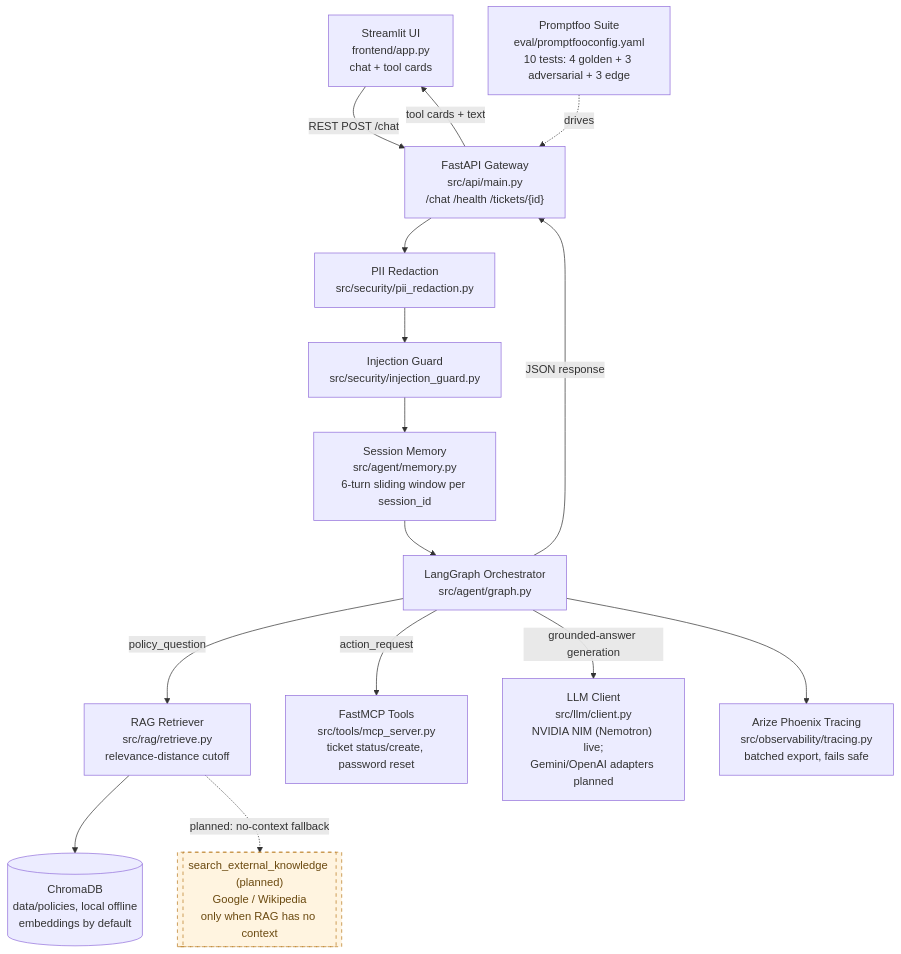
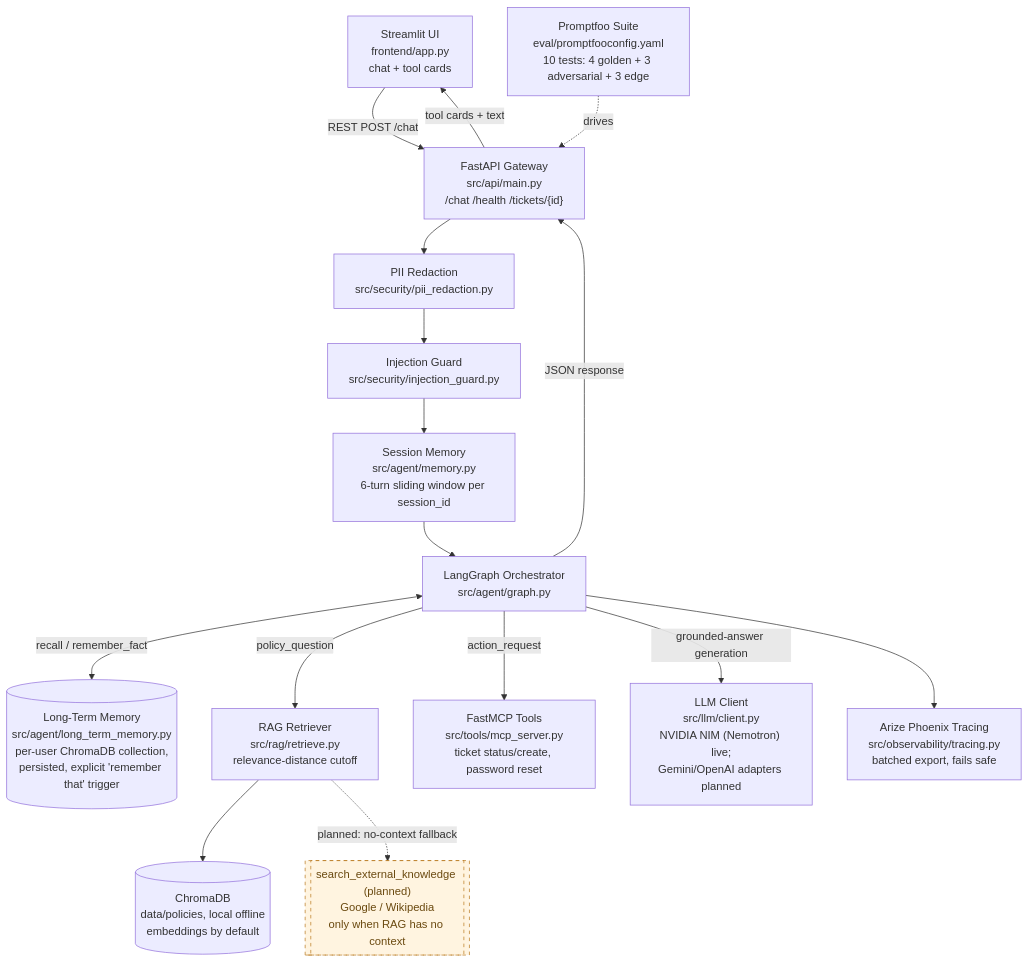
One commit to KamilBrini/IT_Support_Ticketing_Agent changed the first of 2 diagrams in docs/architecture.md. Above: the diagram before and after it, drawn with Mermaid. The commit also changed other lines of this file and 16 other files, not shown here.

````diff
--- a/docs/architecture.md
+++ b/docs/architecture.md
@@ -9,29 +9,31 @@
 ```mermaid
 flowchart TD
     UI["Streamlit UI\nfrontend/app.py\nchat + tool cards"]
     API["FastAPI Gateway\nsrc/api/main.py\n/chat /health /tickets/{id}"]
     Redact["PII Redaction\nsrc/security/pii_redaction.py"]
     Guard["Injection Guard\nsrc/security/injection_guard.py"]
     Mem["Session Memory\nsrc/agent/memory.py\n6-turn sliding window per session_id"]
+    LTM[("Long-Term Memory\nsrc/agent/long_term_memory.py\nper-user ChromaDB collection,\npersisted, explicit 'remember that' trigger")]
     Graph["LangGraph Orchestrator\nsrc/agent/graph.py"]
     RAG["RAG Retriever\nsrc/rag/retrieve.py\nrelevance-distance cutoff"]
     KB[("ChromaDB\ndata/policies, local offline\nembeddings by default")]
     Tools["FastMCP Tools\nsrc/tools/mcp_server.py\nticket status/create, password reset"]
     LLM["LLM Client\nsrc/llm/client.py\nNVIDIA NIM (Nemotron) live;\nGemini/OpenAI adapters planned"]
     Search[["search_external_knowledge (planned)\nGoogle / Wikipedia\nonly when RAG has no context"]]
     Trace["Arize Phoenix Tracing\nsrc/observability/tracing.py\nbatched export, fails safe"]
     Eval["Promptfoo Suite\neval/promptfooconfig.yaml\n10 tests: 4 golden + 3 adversarial + 3 edge"]
 
     UI -->|"REST POST /chat"| API
     API --> Redact --> Guard --> Mem --> Graph
+    Graph <-->|"recall / remember_fact"| LTM
     Graph -->|"policy_question"| RAG --> KB
     Graph -->|"action_request"| Tools
     Graph -->|"grounded-answer generation"| LLM
     RAG -.->|"planned: no-context fallback"| Search
     Graph --> Trace
     Eval -.->|"drives"| API
     Graph -->|"JSON response"| API -->|"tool cards + text"| UI
 
     classDef planned stroke-dasharray: 5 5,fill:#fff4e0,stroke:#b8791e,color:#6b4a10;
     class Search planned;
 ```
````
